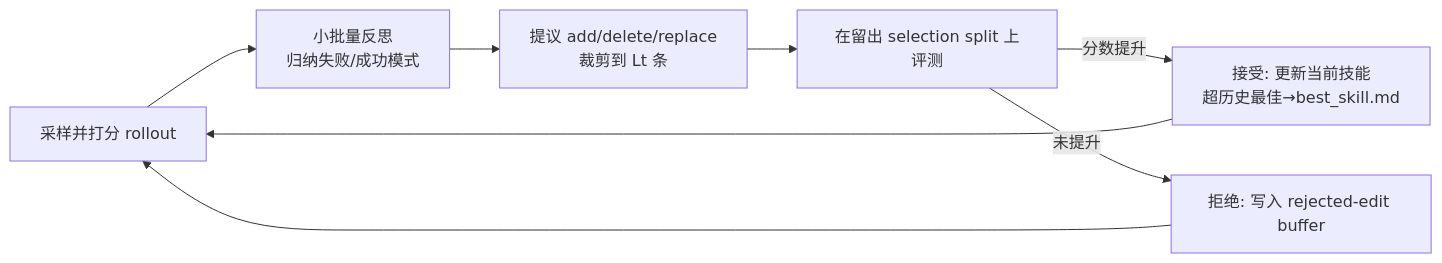
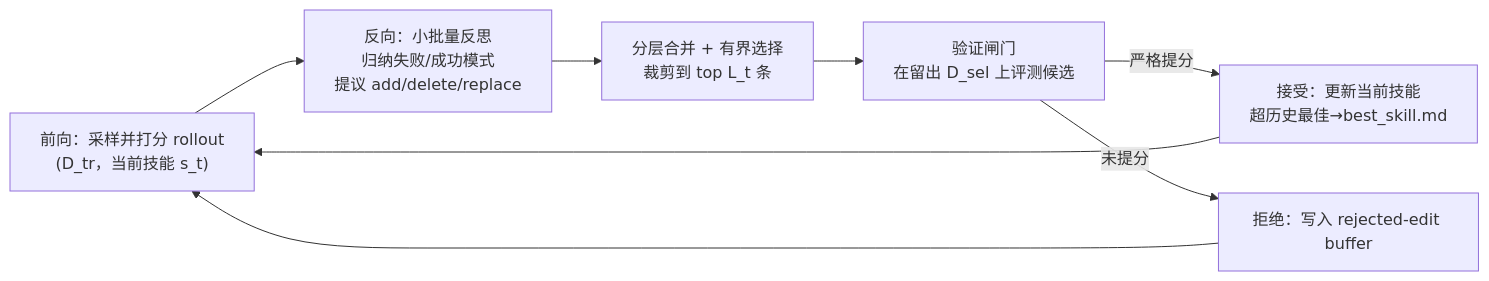
One commit to zhoujx4/llm-atlas changed the diagram in docs/skills/autoskill/skillopt.md. Above: the diagram before and after it, drawn with Mermaid. The commit also changed other lines of this file and 156 other files, not shown here.

First line of the commit message:
docs: 论文页按规范批量重排+配图，新增 Harness 工程演进四页

````diff
--- a/docs/skills/autoskill/skillopt.md
+++ b/docs/skills/autoskill/skillopt.md
@@ -41,10 +56,10 @@
 ```mermaid
 flowchart LR
-    A[采样并打分 rollout] --> B[小批量反思<br/>归纳失败/成功模式]
-    B --> C[提议 add/delete/replace<br/>裁剪到 Lt 条]
-    C --> D[在留出 selection split 上评测]
-    D -- 分数提升 --> E[接受: 更新当前技能<br/>超历史最佳→best_skill.md]
-    D -- 未提升 --> F[拒绝: 写入 rejected-edit buffer]
+    A["前向：采样并打分 rollout<br/>(D_tr，当前技能 s_t)"] --> B["反向：小批量反思<br/>归纳失败/成功模式<br/>提议 add/delete/replace"]
+    B --> C["分层合并 + 有界选择<br/>裁剪到 top L_t 条"]
+    C --> D["验证闸门<br/>在留出 D_sel 上评测候选"]
+    D -- "严格提分" --> E["接受：更新当前技能<br/>超历史最佳→best_skill.md"]
+    D -- "未提分" --> F["拒绝：写入 rejected-edit buffer"]
     E --> A
     F --> A
 ```
````
